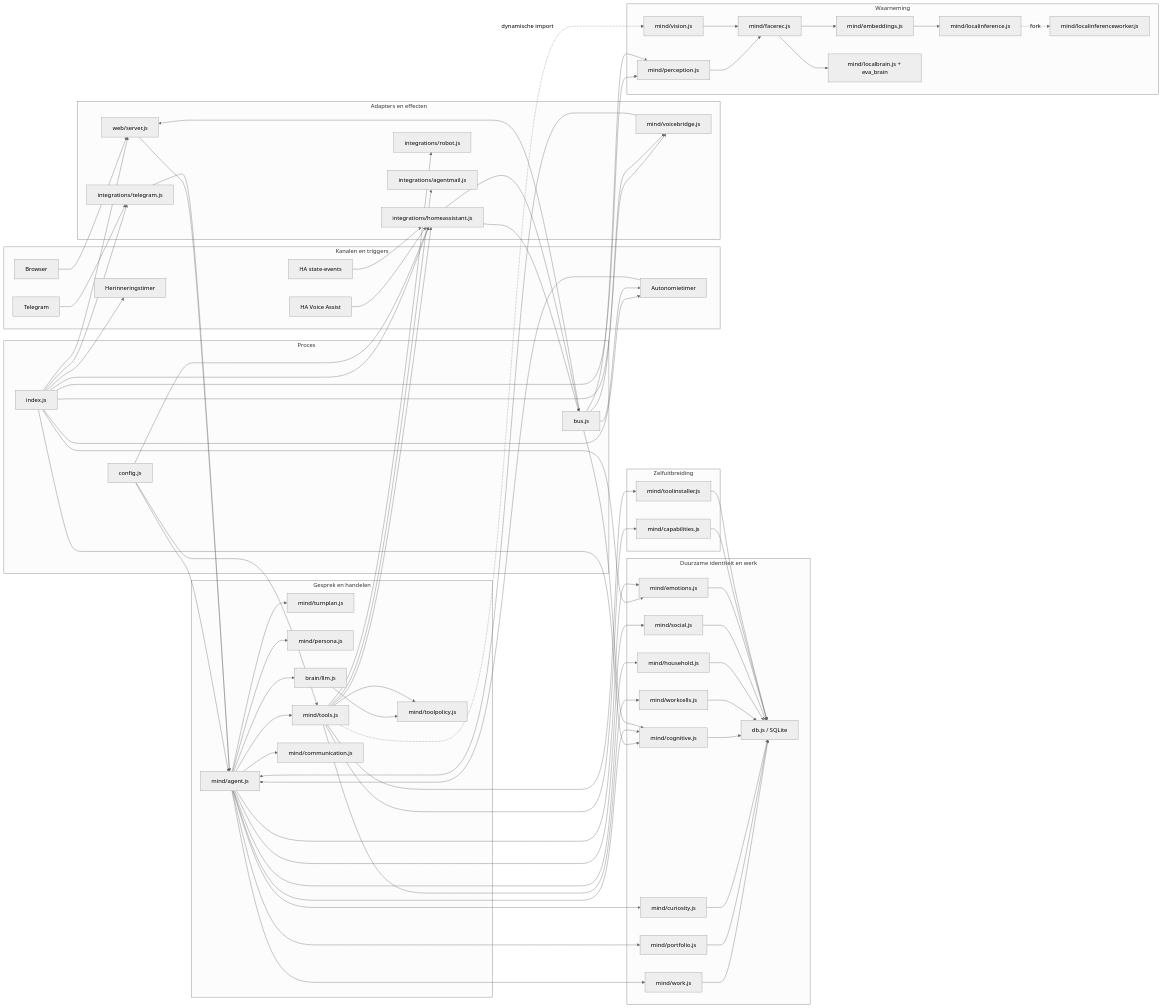
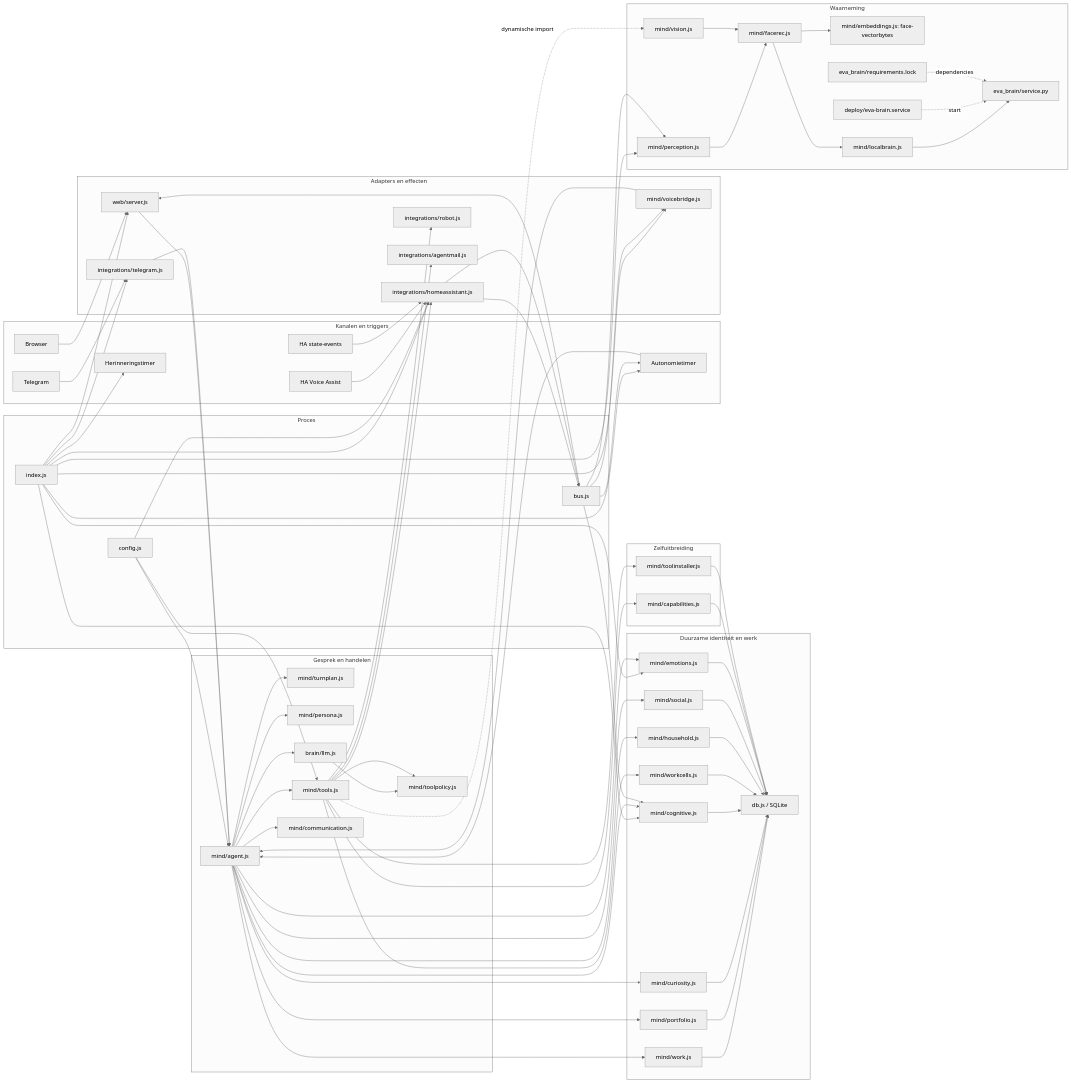
Before and after one commit to jaapfrank/eva: the first of 3 diagrams in docs/eva-runtime-map.md, drawn with Mermaid (neutral theme). The commit also changed other lines of this file and 39 other files, not shown here.

```diff
--- a/docs/eva-runtime-map.md
+++ b/docs/eva-runtime-map.md
@@ -80,10 +80,11 @@
     Perception[mind/perception.js]
     VisionMemory[mind/vision.js]
     Face[mind/facerec.js]
-    Embed[mind/embeddings.js]
-    LocalInference[mind/localinference.js]
-    Worker[mind/localinferenceworker.js]
-    BrainService[mind/localbrain.js + eva_brain]
+    Embed[mind/embeddings.js: face-vectorbytes]
+    BrainClient[mind/localbrain.js]
+    BrainService[eva_brain/service.py]
+    BrainUnit[deploy/eva-brain.service]
+    BrainLock[eva_brain/requirements.lock]
   end
 
   subgraph Extensions[Zelfuitbreiding]
@@ -137,9 +138,10 @@
   Bus --> Web
   Perception --> Face
   VisionMemory --> Face
-  Face --> Embed --> LocalInference
-  LocalInference -. fork .-> Worker
-  Face --> BrainService
+  Face --> Embed
+  Face --> BrainClient --> BrainService
+  BrainUnit -. start .-> BrainService
+  BrainLock -. dependencies .-> BrainService
 
   Work --> DB
   Portfolio --> DB
```
